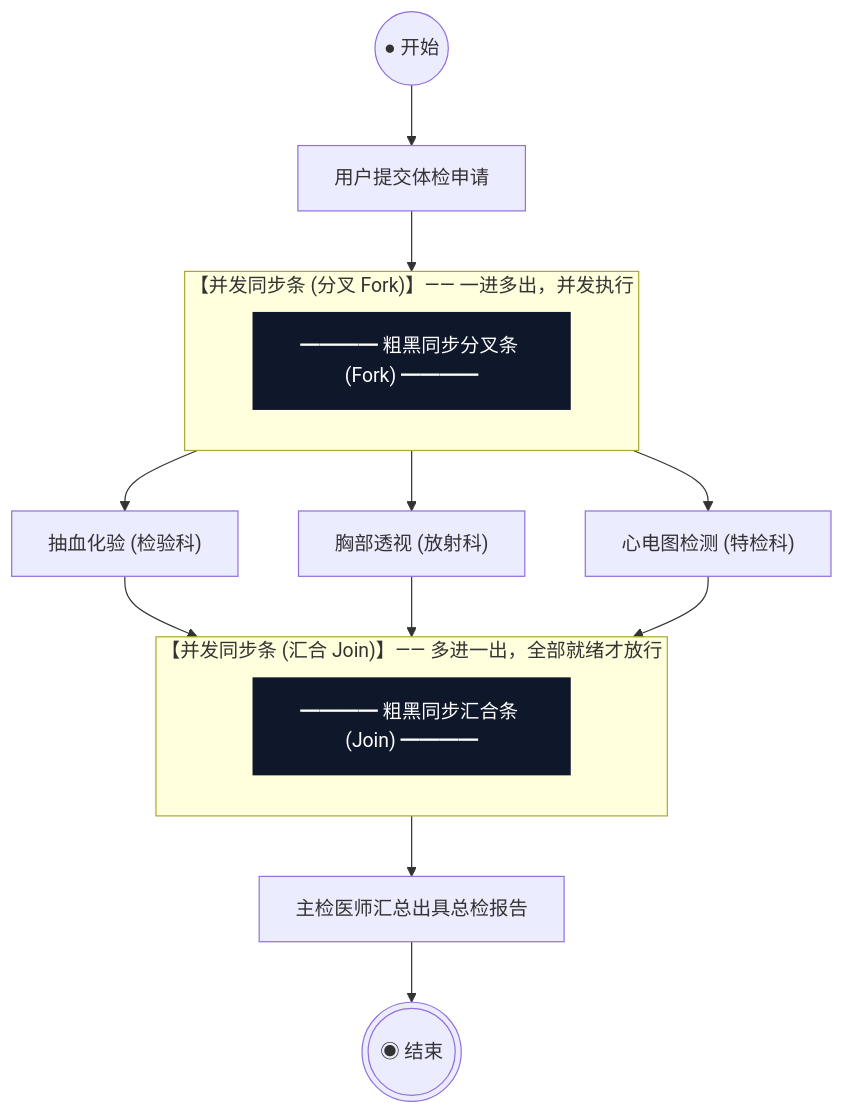
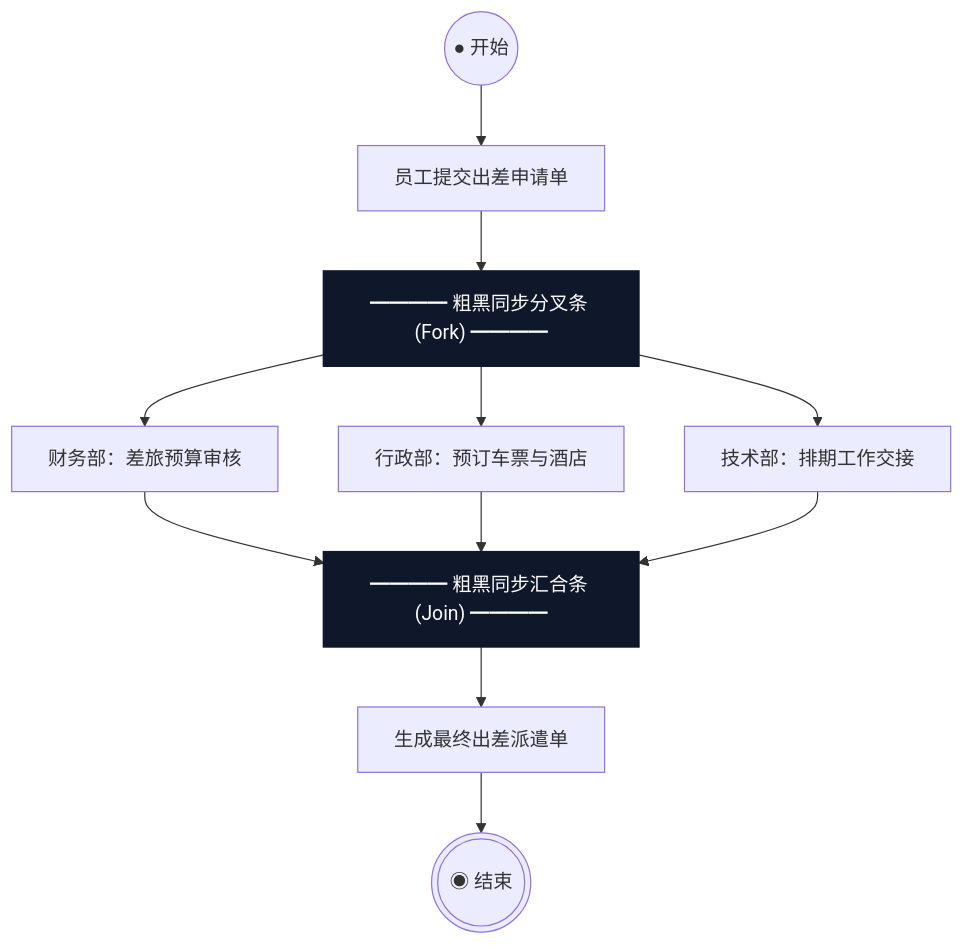
The ninth of 11 diagrams in 02-visual-diagrams/02-UML核心建模图谱与设计视图全景图解.md (cpsa3/software-designer-fast-pass), drawn with Mermaid before and after one commit. The commit also changed other lines of this file, not shown here.

Commit message:
refactor(uml): 彻底重构UML图解文档为纯视觉流，100%统一Mermaid原生矢量图，消除ASCII与语法报错

````diff
--- a/02-visual-diagrams/02-UML核心建模图谱与设计视图全景图解.md
+++ b/02-visual-diagrams/02-UML核心建模图谱与设计视图全景图解.md
@@ -369,28 +303,20 @@
 ```mermaid
 flowchart TD
-    Start((● 开始)) --> Act1["用户提交体检申请"]
+    Start((● 开始)) --> A1["员工提交出差申请单"]
+    
+    A1 --> Fork["━━━━ 粗黑同步分叉条 (Fork) ━━━━"]
+    
+    Fork --> A2["财务部：差旅预算审核"]
+    Fork --> A3["行政部：预订车票与酒店"]
+    Fork --> A4["技术部：排期工作交接"]
+    
+    A2 --> Join["━━━━ 粗黑同步汇合条 (Join) ━━━━"]
+    A3 --> Join
+    A4 --> Join
+    
+    Join --> A5["生成最终出差派遣单"]
+    A5 --> EndNode(((◉ 结束)))
 
-    subgraph ForkRegion["【并发同步条 (分叉 Fork)】—— 一进多出，并发执行"]
-        direction LR
-        ForkBar["━━━━ 粗黑同步分叉条 (Fork) ━━━━"]
-    end
-    Act1 --> ForkBar
-
-    ForkBar --> Act2["抽血化验 (检验科)"]
-    ForkBar --> Act3["胸部透视 (放射科)"]
-    ForkBar --> Act4["心电图检测 (特检科)"]
-
-    subgraph JoinRegion["【并发同步条 (汇合 Join)】—— 多进一出，全部就绪才放行"]
-        direction LR
-        JoinBar["━━━━ 粗黑同步汇合条 (Join) ━━━━"]
-    end
-    Act2 --> JoinBar
-    Act3 --> JoinBar
-    Act4 --> JoinBar
-
-    JoinBar --> Act5["主检医师汇总出具总检报告"]
-    Act5 --> EndNode(((◉ 结束)))
-
-    style ForkBar fill:#0f172a,stroke:#0f172a,stroke-width:3px,color:#fff
-    style JoinBar fill:#0f172a,stroke:#0f172a,stroke-width:3px,color:#fff
+    style Fork fill:#0f172a,stroke:#0f172a,stroke-width:2px,color:#fff
+    style Join fill:#0f172a,stroke:#0f172a,stroke-width:2px,color:#fff
 ```
````
